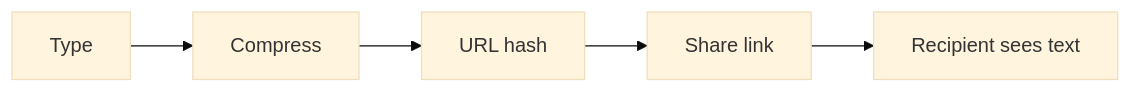
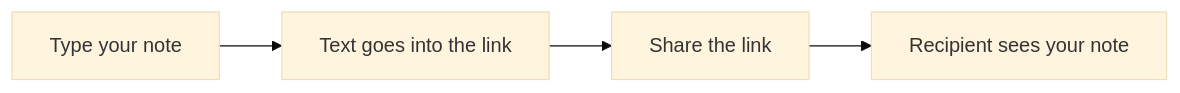
The diagram in docs/tutorial.md (bicrick/notepadable), drawn with Mermaid (base theme) before and after one commit. The commit also changed other lines of this file and 2 other files, not shown here.

Commit message:
Changed tutorial text

````diff
--- a/docs/tutorial.md
+++ b/docs/tutorial.md
@@ -17,7 +17,6 @@
 ```mermaid
 flowchart LR
-  A[Type] --> B[Compress]
-  B --> C[URL hash]
-  C --> D[Share link]
-  D --> E[Recipient sees text]
+  A[Type your note] --> B[Text goes into the link]
+  B --> C[Share the link]
+  C --> D[Recipient sees your note]
 ```
````
